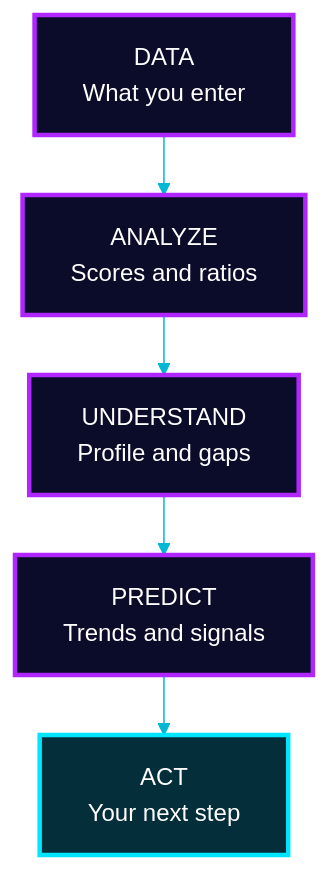
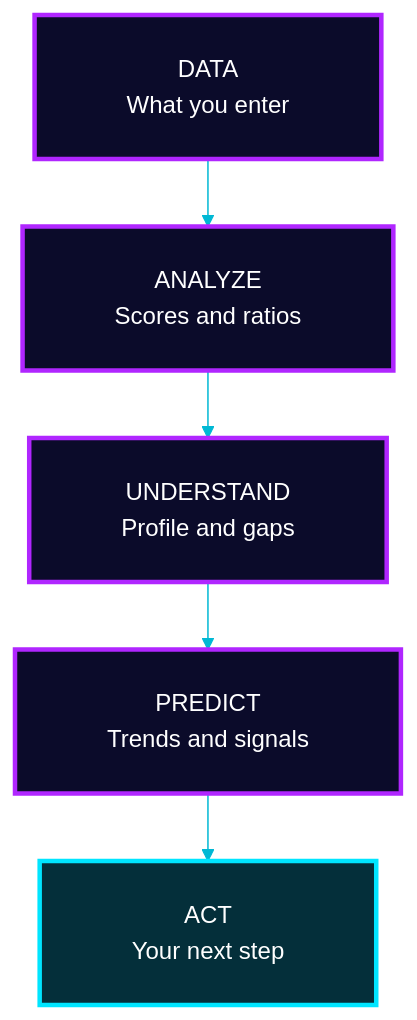
One commit to Mansi232323/MANSHORA changed the first of 17 diagrams in README.md. Above: the diagram before and after it, drawn with Mermaid. The commit also changed other lines of this file, not shown here.

````diff
--- a/README.md
+++ b/README.md
@@ -63,12 +63,12 @@
 ```mermaid
-%%{init: {'theme':'base','themeVariables':{'fontSize':'16px','fontFamily':'Arial, Helvetica, sans-serif','primaryColor':'#0b0b2a','primaryTextColor':'#ffffff','primaryBorderColor':'#b026ff','lineColor':'#00b8d4','textColor':'#ffffff','edgeLabelBackground':'#0b0b2a'},'flowchart':{'htmlLabels':true,'nodeSpacing':30,'rankSpacing':40,'padding':16,'curve':'basis','wrappingWidth':240,'useMaxWidth':true}}}%%
+%%{init: {'theme':'base','themeVariables':{'fontSize':'16px','primaryColor':'#0b0b2a','primaryTextColor':'#ffffff','primaryBorderColor':'#b026ff','lineColor':'#00b8d4','textColor':'#ffffff','edgeLabelBackground':'#0b0b2a'},'flowchart':{'htmlLabels':true,'nodeSpacing':40,'rankSpacing':45,'padding':24,'curve':'basis','wrappingWidth':400,'useMaxWidth':true}}}%%
 flowchart TB
-    A["DATA<br/>What you enter"] --> B["ANALYZE<br/>Scores and ratios"]
-    B --> C["UNDERSTAND<br/>Profile and gaps"]
-    C --> D["PREDICT<br/>Trends and signals"]
-    D --> E["ACT<br/>Your next step"]
+    A["&nbsp;&nbsp;&nbsp;DATA&nbsp;&nbsp;&nbsp;<br/>&nbsp;&nbsp;&nbsp;What you enter&nbsp;&nbsp;&nbsp;"] --> B["&nbsp;&nbsp;&nbsp;ANALYZE&nbsp;&nbsp;&nbsp;<br/>&nbsp;&nbsp;&nbsp;Scores and ratios&nbsp;&nbsp;&nbsp;"]
+    B --> C["&nbsp;&nbsp;&nbsp;UNDERSTAND&nbsp;&nbsp;&nbsp;<br/>&nbsp;&nbsp;&nbsp;Profile and gaps&nbsp;&nbsp;&nbsp;"]
+    C --> D["&nbsp;&nbsp;&nbsp;PREDICT&nbsp;&nbsp;&nbsp;<br/>&nbsp;&nbsp;&nbsp;Trends and signals&nbsp;&nbsp;&nbsp;"]
+    D --> E["&nbsp;&nbsp;&nbsp;ACT&nbsp;&nbsp;&nbsp;<br/>&nbsp;&nbsp;&nbsp;Your next step&nbsp;&nbsp;&nbsp;"]
     classDef step fill:#0b0b2a,stroke:#b026ff,stroke-width:3px,color:#ffffff
     classDef goal fill:#042f3a,stroke:#00e5ff,stroke-width:3px,color:#ffffff
     class A,B,C,D step
     class E goal
 ```
````
